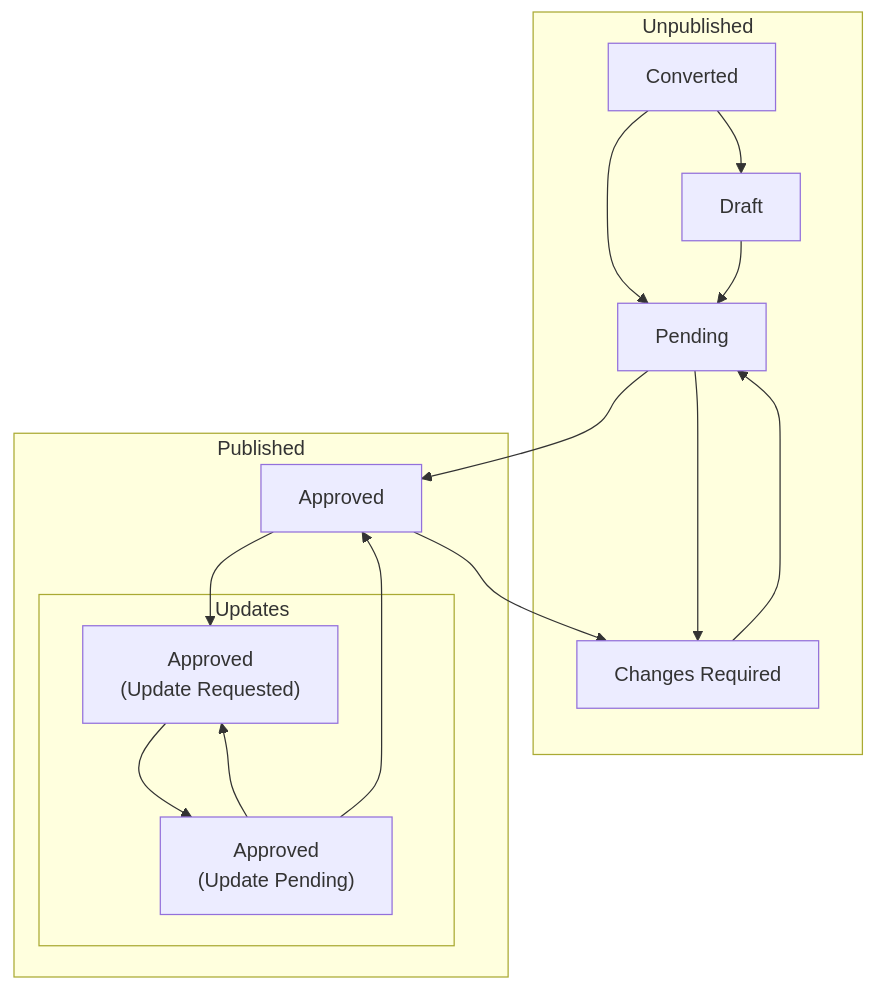
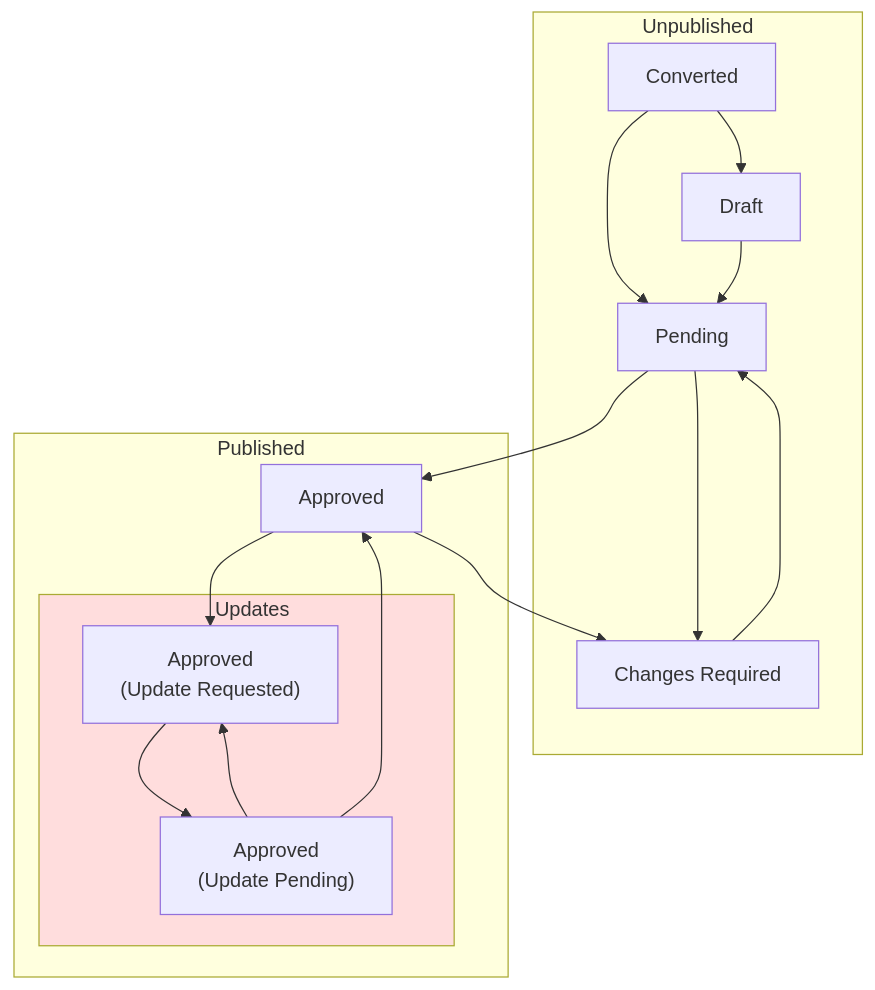
One commit to opendp/deployments-registry-data changed the diagram in README.md. Above: the diagram before and after it, drawn with Mermaid.

Commit message:
add style to Updates subgraph (#171)
Update mermaid flow diagram

````diff
--- a/README.md
+++ b/README.md
@@ -20,18 +20,19 @@
 ```mermaid
 graph TD
     subgraph Unpublished
         Converted --> Draft
         Converted --> Pending
         Draft --> Pending
         Pending --> Changes["Changes Required"] --> Pending
     end
     subgraph Published
         subgraph Updates["&nbsp; Updates"]
             Update["Approved \n (Update Requested)"] --> Repending["Approved \n (Update Pending)"] --> Update["Approved \n (Update Requested)"]
         end
+        style Updates fill:#FDD
         Approved --> Update["Approved \n (Update Requested)"]
         Repending --> Approved
     end
     Pending --> Approved
     Approved --> Changes
 ```
````
